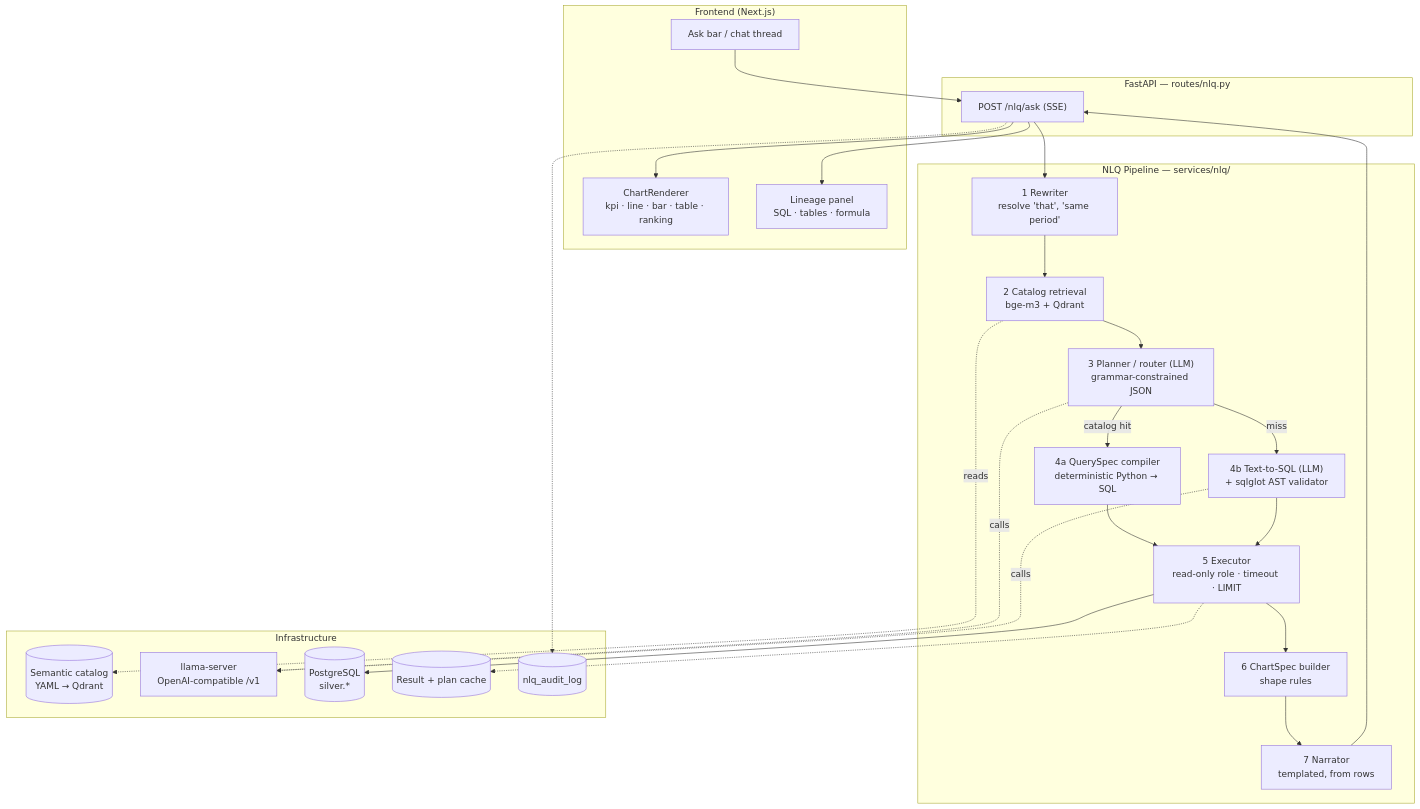
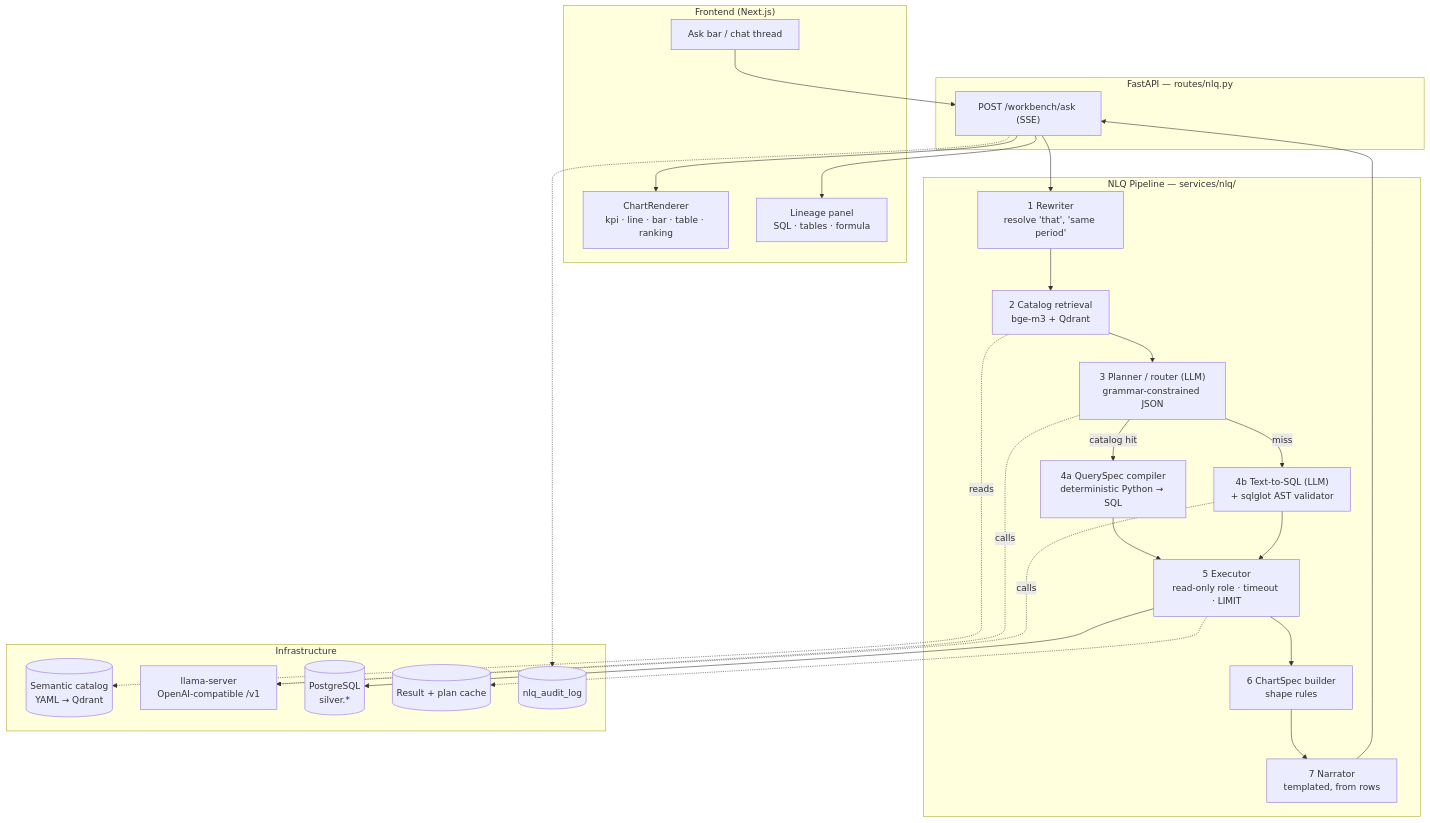
The diagram in docs/GENESIS_NLQ_BUILD_PLAN.md (nikhilphilip2002/moneypal-genesis-layer), drawn with Mermaid before and after one commit. The commit also changed other lines of this file and 61 other files, not shown here.

````diff
--- a/docs/GENESIS_NLQ_BUILD_PLAN.md
+++ b/docs/GENESIS_NLQ_BUILD_PLAN.md
@@ -58,46 +58,46 @@
 ```mermaid
 flowchart TB
     subgraph FE ["Frontend (Next.js)"]
         Q["Ask bar / chat thread"]
         CR["ChartRenderer<br/>kpi · line · bar · table · ranking"]
         LP["Lineage panel<br/>SQL · tables · formula"]
     end
 
     subgraph API ["FastAPI — routes/nlq.py"]
-        EP["POST /nlq/ask (SSE)"]
+        EP["POST /workbench/ask (SSE)"]
     end
 
     subgraph PIPE ["NLQ Pipeline — services/nlq/"]
         RW["1 Rewriter<br/>resolve 'that', 'same period'"]
         RET["2 Catalog retrieval<br/>bge-m3 + Qdrant"]
         RT["3 Planner / router (LLM)<br/>grammar-constrained JSON"]
         QC["4a QuerySpec compiler<br/>deterministic Python → SQL"]
         TS["4b Text-to-SQL (LLM)<br/>+ sqlglot AST validator"]
         EX["5 Executor<br/>read-only role · timeout · LIMIT"]
         CB["6 ChartSpec builder<br/>shape rules"]
         NR["7 Narrator<br/>templated, from rows"]
     end
 
     subgraph INFRA ["Infrastructure"]
         CAT[("Semantic catalog<br/>YAML → Qdrant")]
         LLM["llama-server<br/>OpenAI-compatible /v1"]
         PG[("PostgreSQL<br/>silver.*")]
         CACHE[("Result + plan cache")]
         AUD[("nlq_audit_log")]
     end
 
     Q --> EP --> RW --> RET --> RT
     RET -.reads.-> CAT
     RT -->|catalog hit| QC
     RT -->|miss| TS
     RT -.calls.-> LLM
     TS -.calls.-> LLM
     QC --> EX
     TS --> EX
     EX --> PG
     EX --> CB --> NR --> EP
     EX -.-> CACHE
     EP -.-> AUD
     EP --> CR
     EP --> LP
 ```
````
